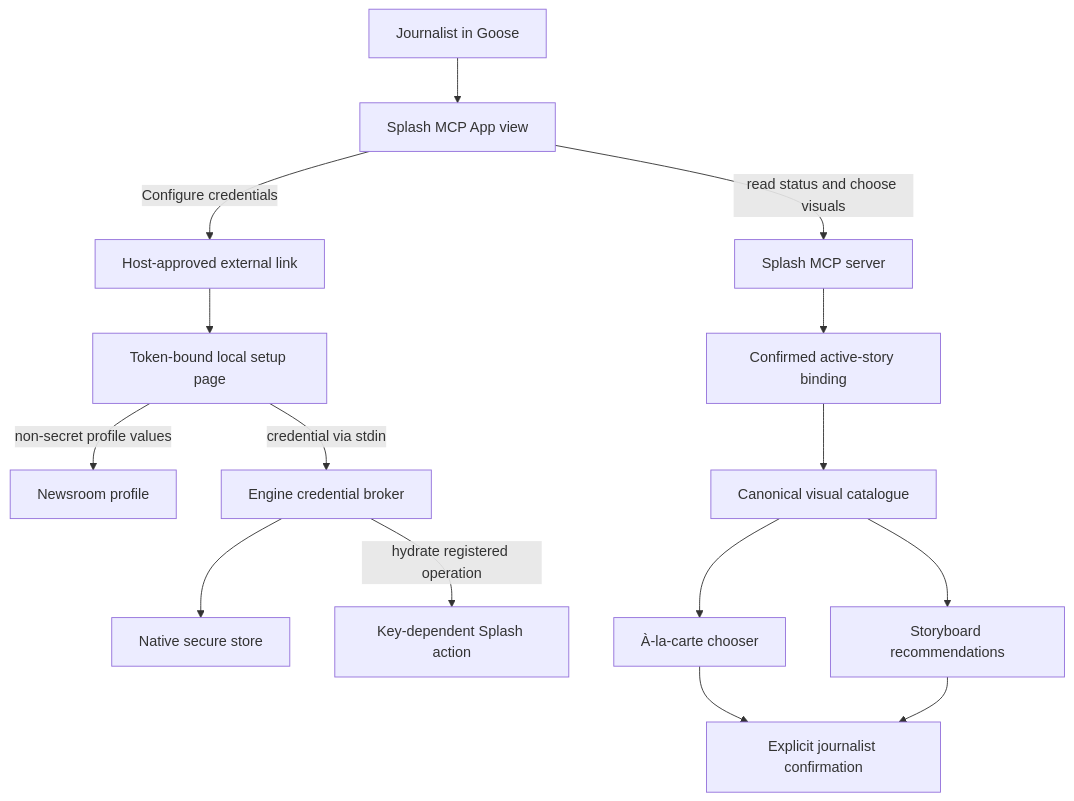
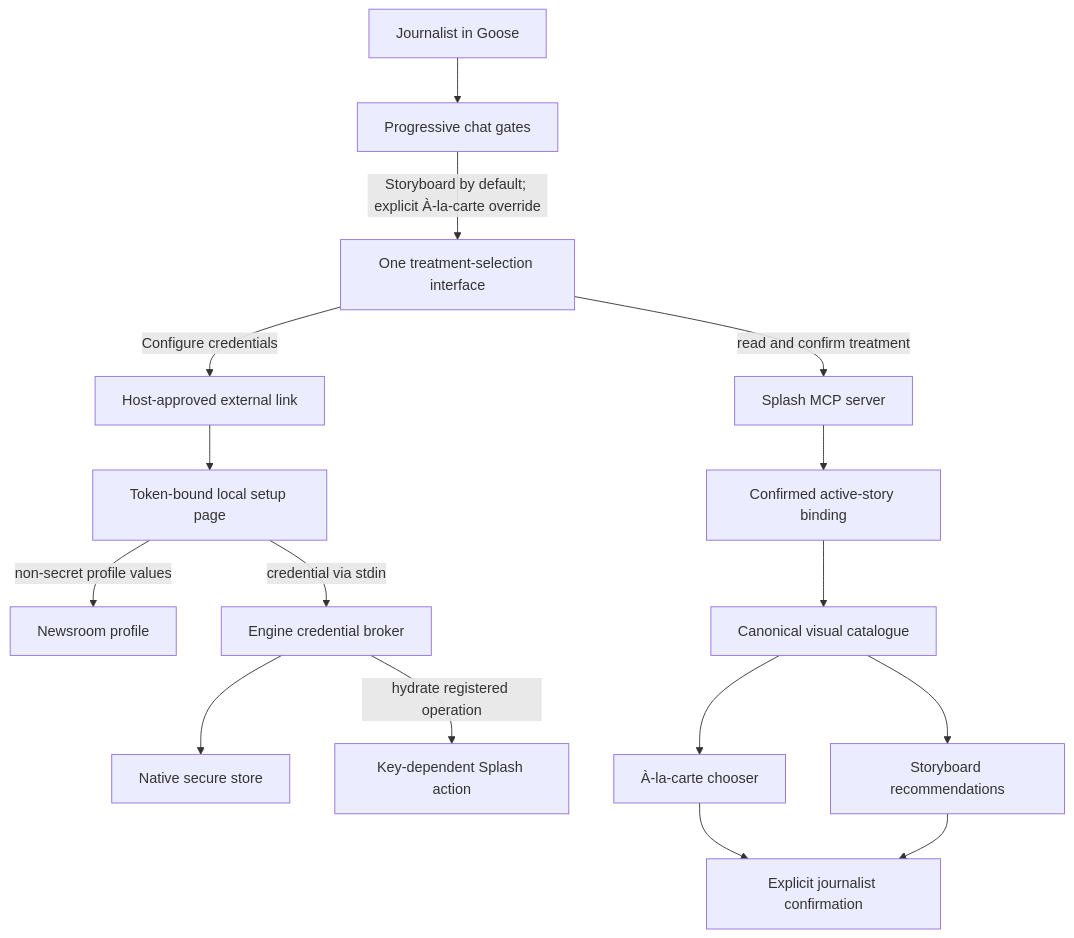
Before and after one commit to buriedsignals/splash: the first of 5 diagrams in docs/splash/2026-08-14-interactive-preflight-and-visual-selection-prd.md, drawn with Mermaid. The commit also changed other lines of this file and 69 other files, not shown here.

Commit message:
feat: move Splash MCP app interactions to localhost

````diff
--- a/docs/splash/2026-08-14-interactive-preflight-and-visual-selection-prd.md
+++ b/docs/splash/2026-08-14-interactive-preflight-and-visual-selection-prd.md
@@ -178,17 +186,18 @@
 ```mermaid
 flowchart TB
-  J[Journalist in Goose] --> A[Splash MCP App view]
-  A -->|read status and choose visuals| M[Splash MCP server]
+  J[Journalist in Goose] --> T[Progressive chat gates]
+  T -->|Storyboard by default; explicit À-la-carte override| A[One treatment-selection interface]
+  A -->|read and confirm treatment| M[Splash MCP server]
   A -->|Configure credentials| O[Host-approved external link]
   O --> L[Token-bound local setup page]
   L -->|non-secret profile values| P[Newsroom profile]
   L -->|credential via stdin| E[Engine credential broker]
   E --> S[Native secure store]
   E -->|hydrate registered operation| X[Key-dependent Splash action]
   M --> B[Confirmed active-story binding]
   B --> C[Canonical visual catalogue]
   C --> Q[À-la-carte chooser]
   C --> R[Storyboard recommendations]
   Q --> H[Explicit journalist confirmation]
   R --> H
 ```
````
